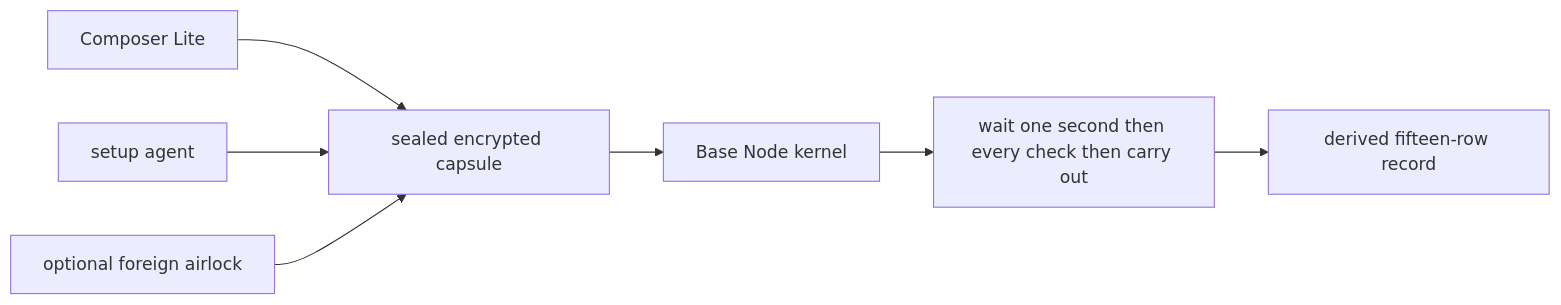
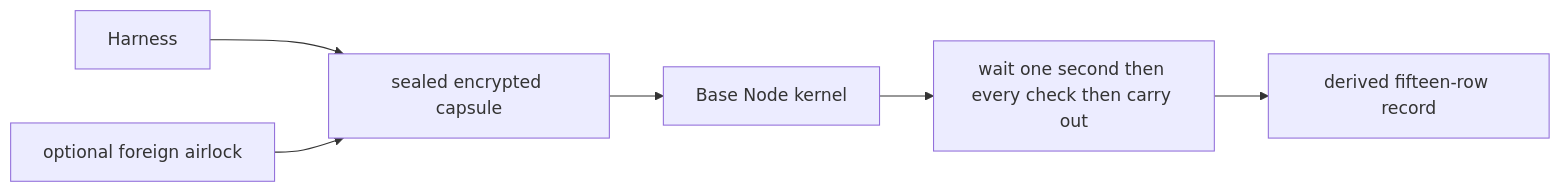
Before and after one commit to thePM001/AEP-agent-element-protocol: the third of 4 diagrams in README.md, drawn with Mermaid. The commit also changed other lines of this file and 177 other files, not shown here.

````diff
--- a/README.md
+++ b/README.md
@@ -528,16 +525,14 @@
 ```mermaid
 flowchart LR
-  UI[Composer Lite]
-  CCA[setup agent]
+  UI[Harness]
   UCB[optional foreign airlock]
   LT[sealed encrypted capsule]
   BN[Base Node kernel]
   EVAL[wait one second then every check then carry out]
   LEDGER[derived fifteen-row record]
   UI --> LT
-  CCA --> LT
   UCB --> LT
   LT --> BN
   BN --> EVAL
   EVAL --> LEDGER
 ```
````
